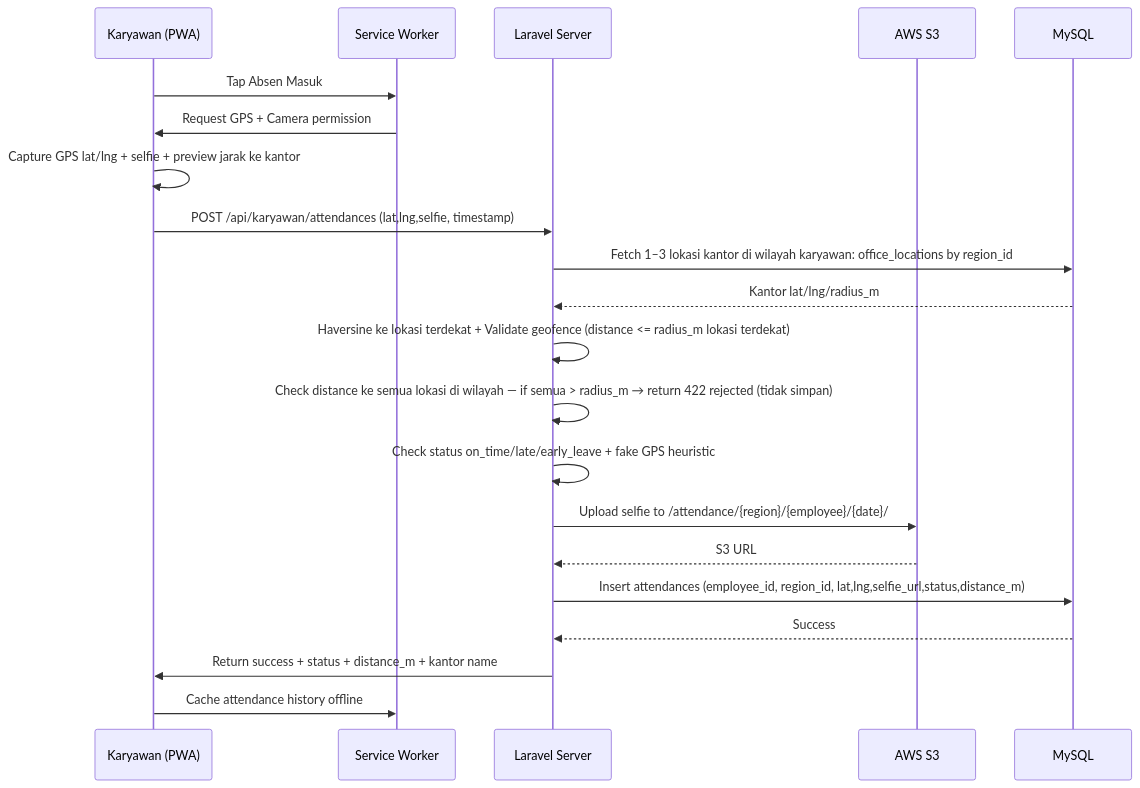
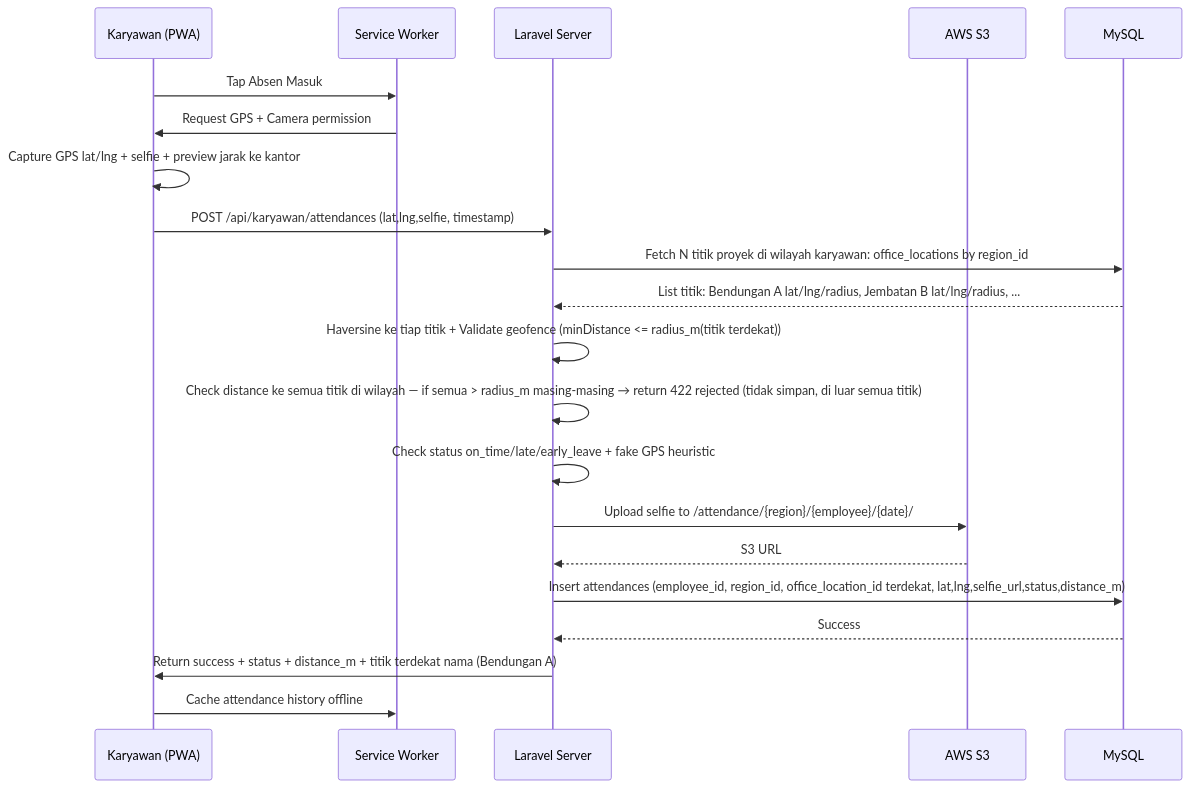
Before and after one commit to radacore/absensi-pu: the third of 5 diagrams in prd-profilkorp/ARCHITECTURE.md, drawn with Mermaid. The commit also changed other lines of this file and 9 other files, not shown here.

First line of the commit message:
docs(prd): sesuaikan admin wilayah kelola multi titik proyek

````diff
--- a/prd-profilkorp/ARCHITECTURE.md
+++ b/prd-profilkorp/ARCHITECTURE.md
@@ -204,24 +205,24 @@
 ```mermaid
 sequenceDiagram
     participant K as Karyawan (PWA)
     participant PWA as Service Worker
     participant L as Laravel Server
     participant S3 as AWS S3
     participant DB as MySQL
 
     K->>PWA: Tap Absen Masuk
     PWA->>K: Request GPS + Camera permission
     K->>K: Capture GPS lat/lng + selfie + preview jarak ke kantor
     K->>L: POST /api/karyawan/attendances (lat,lng,selfie, timestamp)
-    L->>DB: Fetch 1–3 lokasi kantor di wilayah karyawan: office_locations by region_id
-    DB-->>L: Kantor lat/lng/radius_m
-    L->>L: Haversine ke lokasi terdekat + Validate geofence (distance <= radius_m lokasi terdekat)
-    L->>L: Check distance ke semua lokasi di wilayah — if semua > radius_m → return 422 rejected (tidak simpan)
+    L->>DB: Fetch N titik proyek di wilayah karyawan: office_locations by region_id
+    DB-->>L: List titik: Bendungan A lat/lng/radius, Jembatan B lat/lng/radius, ...
+    L->>L: Haversine ke tiap titik + Validate geofence (minDistance <= radius_m(titik terdekat))
+    L->>L: Check distance ke semua titik di wilayah — if semua > radius_m masing-masing → return 422 rejected (tidak simpan, di luar semua titik)
     L->>L: Check status on_time/late/early_leave + fake GPS heuristic
     L->>S3: Upload selfie to /attendance/{region}/{employee}/{date}/
     S3-->>L: S3 URL
-    L->>DB: Insert attendances (employee_id, region_id, lat,lng,selfie_url,status,distance_m)
+    L->>DB: Insert attendances (employee_id, region_id, office_location_id terdekat, lat,lng,selfie_url,status,distance_m)
     DB-->>L: Success
-    L->>K: Return success + status + distance_m + kantor name
+    L->>K: Return success + status + distance_m + titik terdekat nama (Bendungan A)
     K->>PWA: Cache attendance history offline
 ```
````
